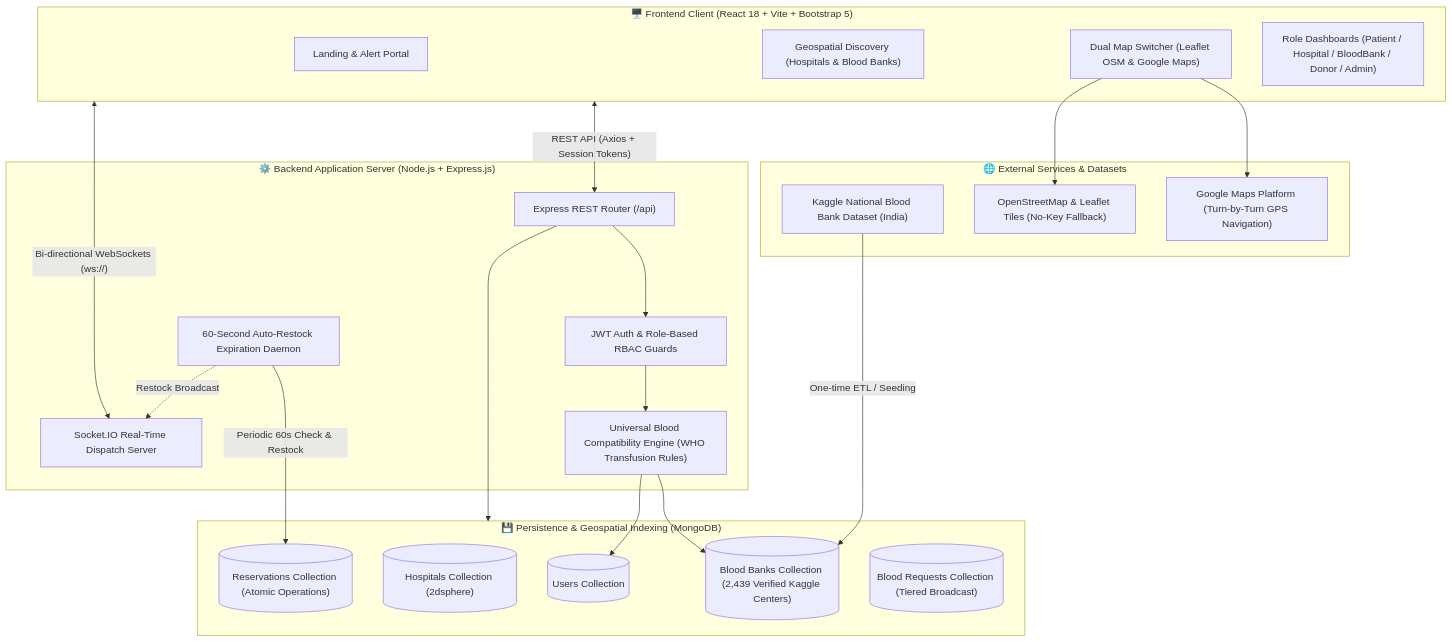
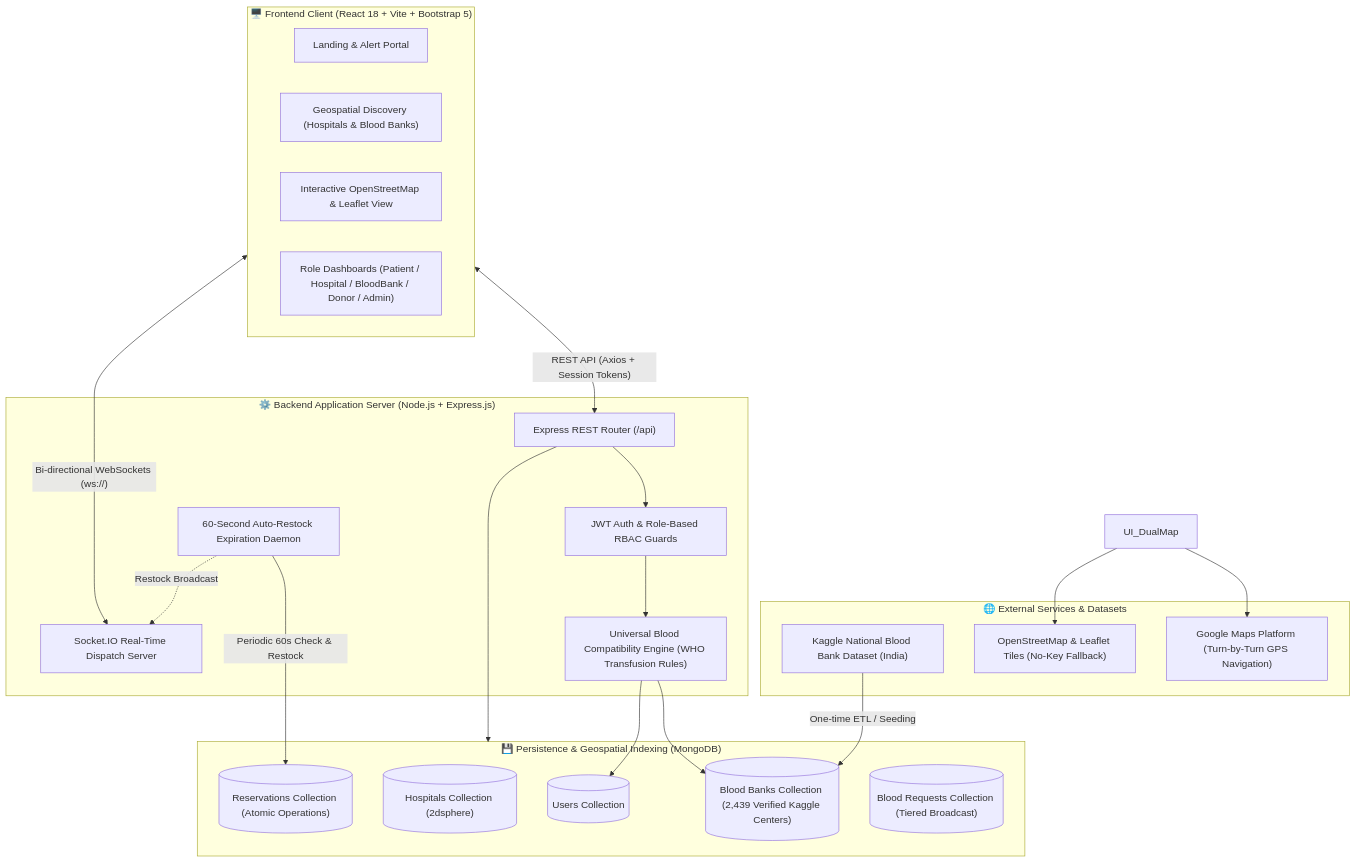
One commit to CharudattaPatil-AC/Vital-Link changed the first of 3 diagrams in README.md. Above: the diagram before and after it, drawn with Mermaid. The commit also changed other lines of this file and 3 other files, not shown here.

Commit message:
refactor: remove Google Maps view switcher and standardize on free Leaflet OpenStreetMap

````diff
--- a/README.md
+++ b/README.md
@@ -33,45 +33,45 @@
 ```mermaid
 flowchart TD
     subgraph ClientLayer["🖥️ Frontend Client (React 18 + Vite + Bootstrap 5)"]
         UI_Home["Landing & Alert Portal"]
         UI_Search["Geospatial Discovery (Hospitals & Blood Banks)"]
-        UI_DualMap["Dual Map Switcher (Leaflet OSM & Google Maps)"]
+        UI_Map["Interactive OpenStreetMap & Leaflet View"]
         UI_Dashboards["Role Dashboards (Patient / Hospital / BloodBank / Donor / Admin)"]
     end
 
     subgraph APILayer["⚙️ Backend Application Server (Node.js + Express.js)"]
         Router["Express REST Router (/api)"]
         AuthMiddleware["JWT Auth & Role-Based RBAC Guards"]
         CompatEngine["Universal Blood Compatibility Engine (WHO Transfusion Rules)"]
         SocketServer["Socket.IO Real-Time Dispatch Server"]
         CleanupDaemon["60-Second Auto-Restock Expiration Daemon"]
     end
 
     subgraph DataLayer["💾 Persistence & Geospatial Indexing (MongoDB)"]
         DB_Users[("Users Collection")]
         DB_Hospitals[("Hospitals Collection (2dsphere)")]
         DB_BloodBanks[("Blood Banks Collection (2,439 Verified Kaggle Centers)")]
         DB_Reservations[("Reservations Collection (Atomic Operations)")]
         DB_BloodRequests[("Blood Requests Collection (Tiered Broadcast)")]
     end
 
     subgraph ExternalServices["🌐 External Services & Datasets"]
         Kaggle["Kaggle National Blood Bank Dataset (India)"]
         GMaps["Google Maps Platform (Turn-by-Turn GPS Navigation)"]
         OSM["OpenStreetMap & Leaflet Tiles (No-Key Fallback)"]
     end
 
     %% Connections
     ClientLayer <-->|"REST API (Axios + Session Tokens)"| Router
     ClientLayer <-->|"Bi-directional WebSockets (ws://)"| SocketServer
     Router --> AuthMiddleware
     AuthMiddleware --> CompatEngine
     CompatEngine --> DB_BloodBanks
     CompatEngine --> DB_Users
     Router --> DataLayer
     CleanupDaemon -->|"Periodic 60s Check & Restock"| DB_Reservations
     CleanupDaemon -.->|"Restock Broadcast"| SocketServer
     Kaggle -->|"One-time ETL / Seeding"| DB_BloodBanks
     UI_DualMap --> GMaps
     UI_DualMap --> OSM
 ```
````
